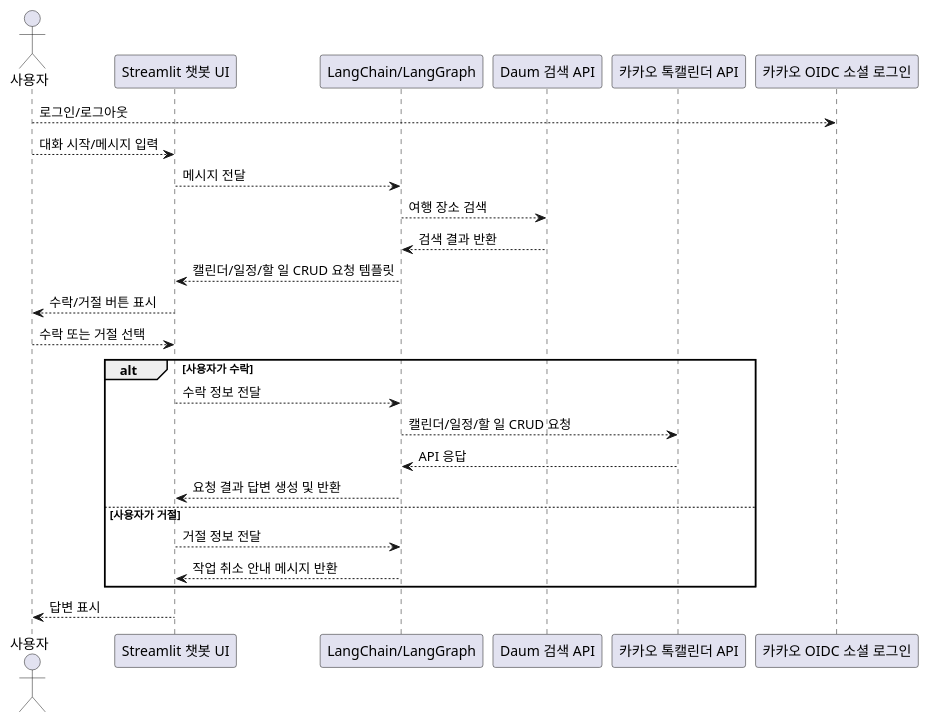
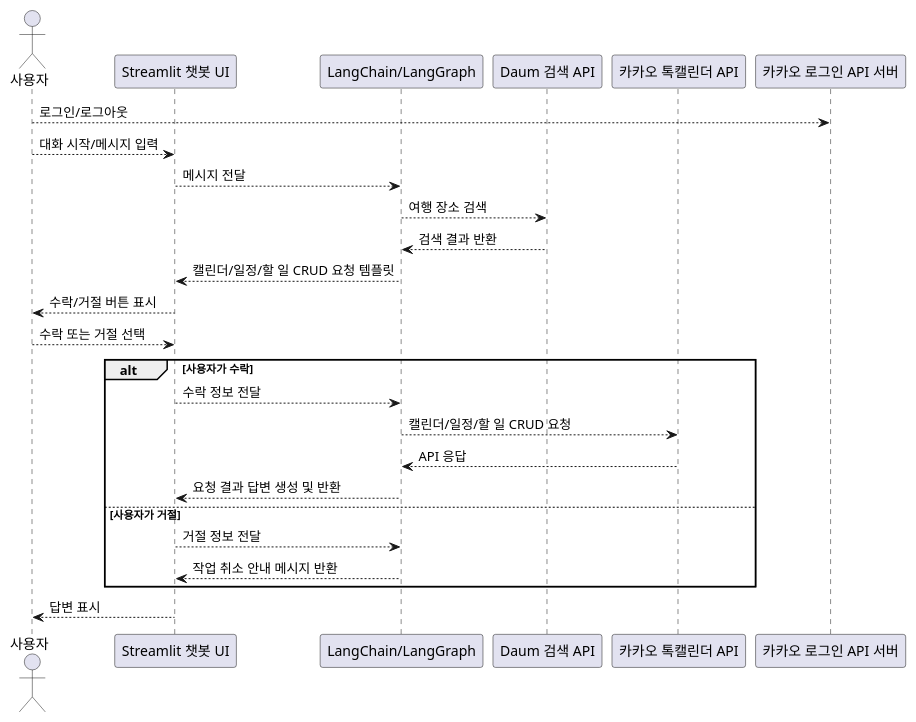
One commit to newadventureschallenge/shallwego changed the diagram in docs/phase1/sequence_diagram.plantuml. Above: the diagram before and after it, drawn with PlantUML. The commit also changed 1 other file, not shown here.

```diff
--- a/docs/phase1/sequence_diagram.plantuml
+++ b/docs/phase1/sequence_diagram.plantuml
@@ -1,31 +1,31 @@
 @startuml
 actor 사용자
 
 participant "Streamlit 챗봇 UI" as UI
 participant "LangChain/LangGraph" as LG
 participant "Daum 검색 API" as Daum
 participant "카카오 톡캘린더 API" as KakaoCal
 
-사용자 --> "카카오 OIDC 소셜 로그인" : 로그인/로그아웃
+사용자 --> "카카오 로그인 API 서버" : 로그인/로그아웃
 사용자 --> UI : 대화 시작/메시지 입력
 
 UI --> LG : 메시지 전달
 LG --> Daum : 여행 장소 검색
 Daum --> LG : 검색 결과 반환
 LG --> UI : 캘린더/일정/할 일 CRUD 요청 템플릿
 
 UI --> 사용자 : 수락/거절 버튼 표시
 사용자 --> UI : 수락 또는 거절 선택
 
 alt 사용자가 수락
   UI --> LG : 수락 정보 전달
   LG --> KakaoCal : 캘린더/일정/할 일 CRUD 요청
   KakaoCal --> LG : API 응답
   LG --> UI : 요청 결과 답변 생성 및 반환
 else 사용자가 거절
   UI --> LG : 거절 정보 전달
   LG --> UI : 작업 취소 안내 메시지 반환
 end
 
 UI --> 사용자 : 답변 표시
 @enduml
```
